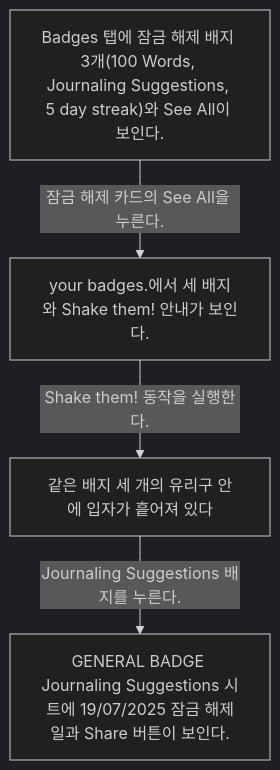
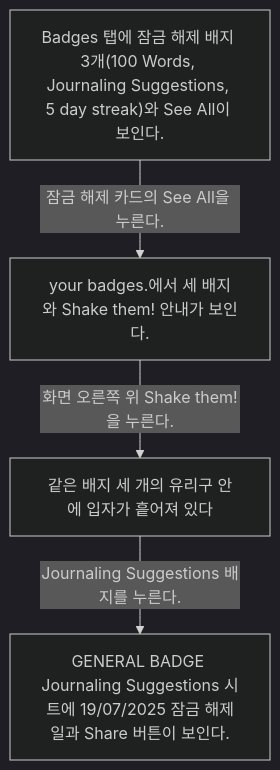
One commit to Dev-Corgi/Stoic-Build-Clone-Test changed the diagram in docs/Stoic/flows/unlocked-badges-from-badges-8d436708/README.md. Above: the diagram before and after it, drawn with Mermaid (dark theme). The commit also changed other lines of this file and 23 other files, not shown here.

Commit message:
docs: verify Stoic flows with user-confirmed transitions

````diff
--- a/docs/Stoic/flows/unlocked-badges-from-badges-8d436708/README.md
+++ b/docs/Stoic/flows/unlocked-badges-from-badges-8d436708/README.md
@@ -8,10 +8,10 @@
 ```mermaid
 flowchart TD
   S1["Badges 탭에 잠금 해제 배지 3개(100 Words, Journaling Suggestions, 5 day streak)와 See All이 보인다."]
   S1 -->|잠금 해제 카드의 See All을 누른다.| S2
   S2["your badges.에서 세 배지와 Shake them! 안내가 보인다."]
-  S2 -->|Shake them! 동작을 실행한다.| S3
+  S2 -->|화면 오른쪽 위 Shake them!을 누른다.| S3
   S3["같은 배지 세 개의 유리구 안에 입자가 흩어져 있다"]
   S3 -->|Journaling Suggestions 배지를 누른다.| S4
   S4["GENERAL BADGE Journaling Suggestions 시트에 19/07/2025 잠금 해제일과 Share 버튼이 보인다."]
 ```
````
